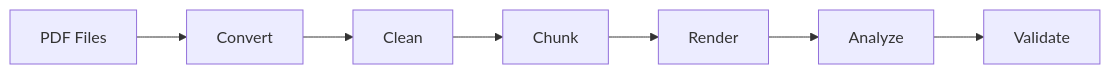
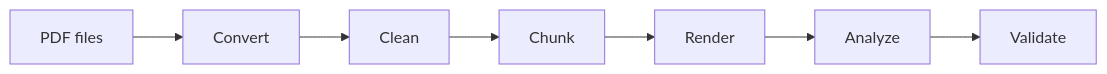
Before and after one commit to PhiniteLab/pdf-to-markdown-pipeline: the diagram in docs/index.md, drawn with Mermaid. The commit also changed other lines of this file and 8 other files, not shown here.

````diff
--- a/docs/index.md
+++ b/docs/index.md
@@ -27,9 +46,9 @@
 ```mermaid
 graph LR
-    A[PDF Files] --> B[Convert]
+    A[PDF files] --> B[Convert]
     B --> C[Clean]
     C --> D[Chunk]
     D --> E[Render]
     E --> F[Analyze]
     F --> G[Validate]
 ```
````
